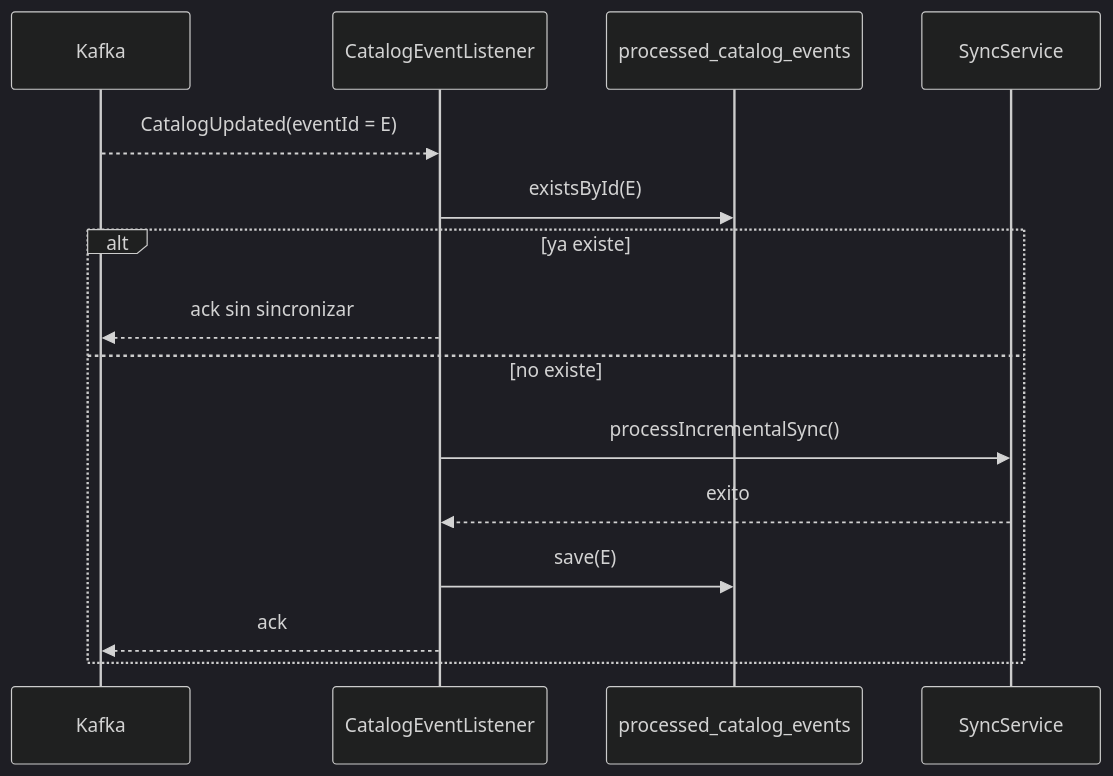
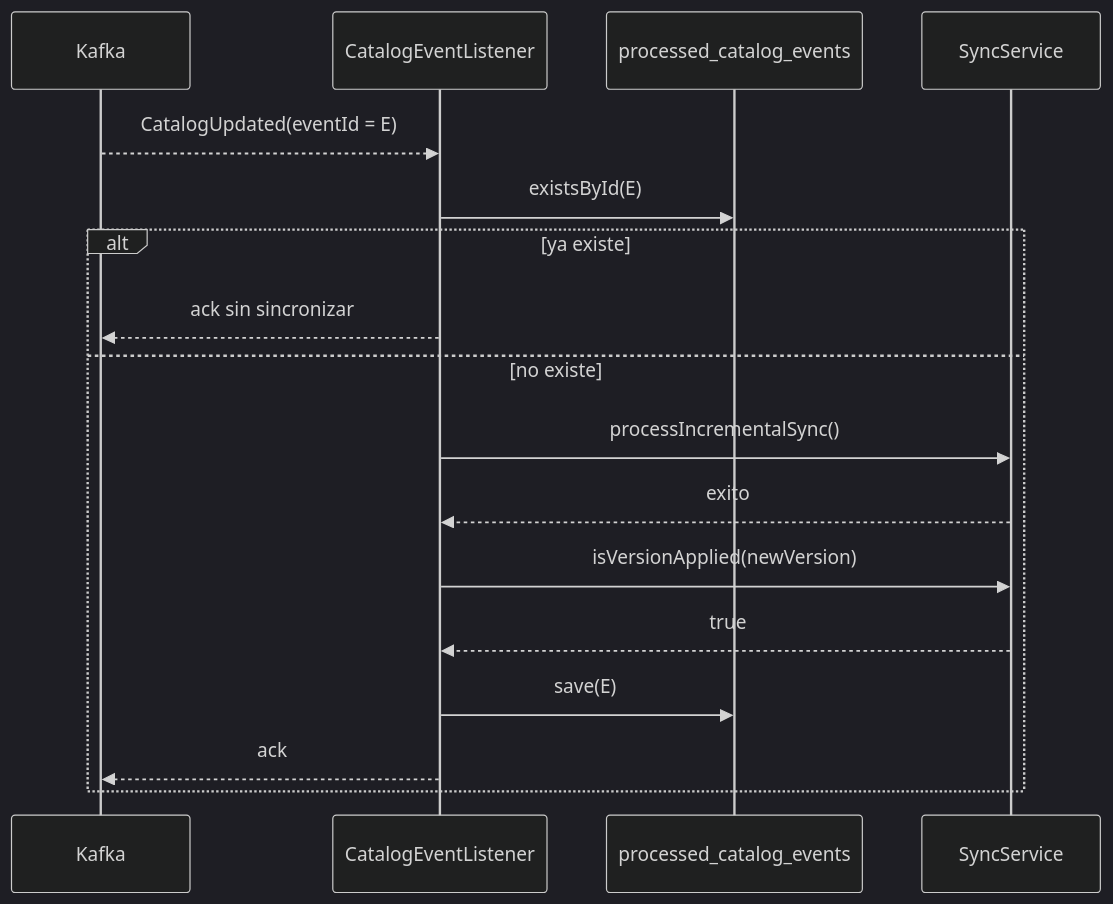
One commit to L-Faraz/Servicio-catalogo changed the diagram in docs/idempotency-and-recovery.md. Above: the diagram before and after it, drawn with Mermaid (dark theme). The commit also changed other lines of this file and 18 other files, not shown here.

````diff
--- a/docs/idempotency-and-recovery.md
+++ b/docs/idempotency-and-recovery.md
@@ -45,18 +48,20 @@
 ```mermaid
 sequenceDiagram
   participant K as Kafka
   participant L as CatalogEventListener
   participant DB as processed_catalog_events
   participant S as SyncService
 
   K-->>L: CatalogUpdated(eventId = E)
   L->>DB: existsById(E)
   alt ya existe
     L-->>K: ack sin sincronizar
   else no existe
     L->>S: processIncrementalSync()
     S-->>L: exito
+    L->>S: isVersionApplied(newVersion)
+    S-->>L: true
     L->>DB: save(E)
     L-->>K: ack
   end
 ```
````
